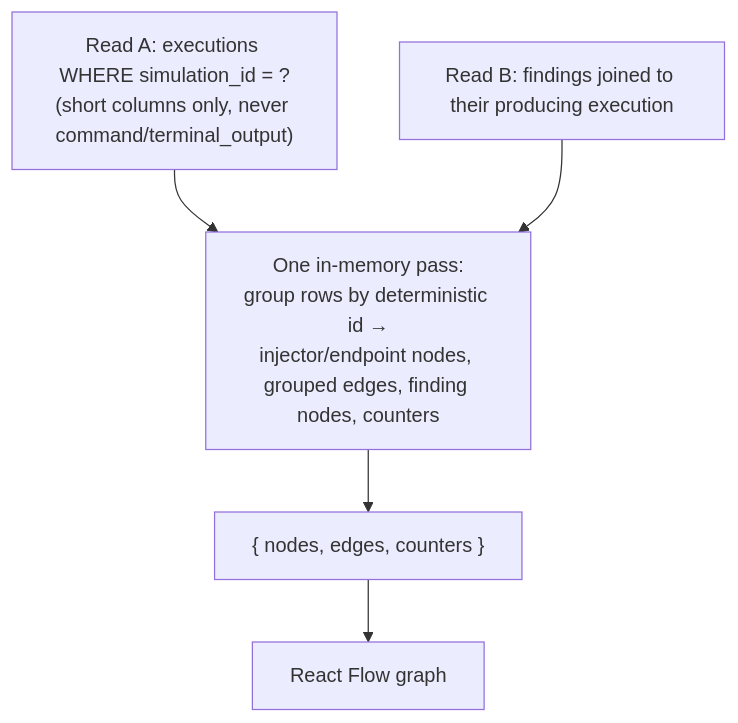
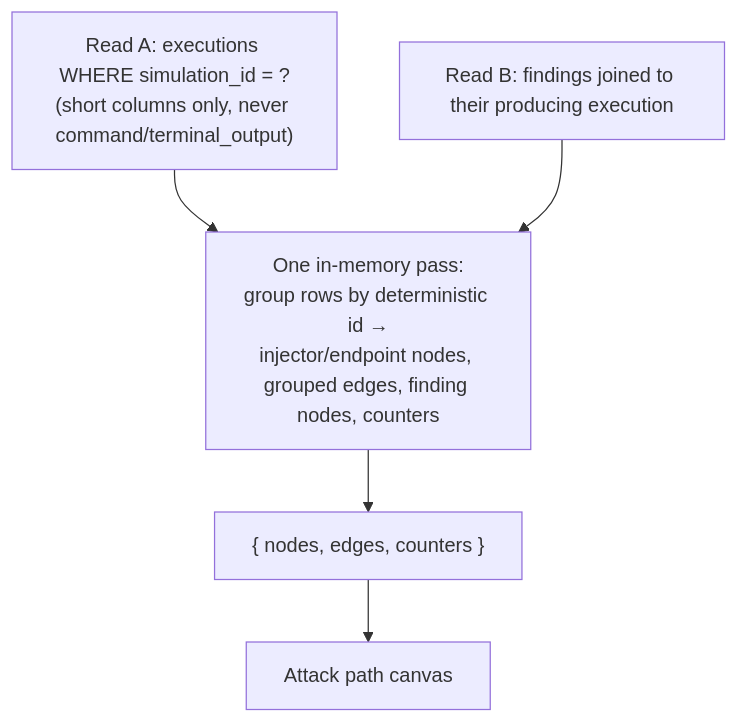
One commit to OpenBAS-Platform/openbas changed the third of 6 diagrams in docs/docs/development/attack-path.md. Above: the diagram before and after it, drawn with Mermaid. The commit also changed other lines of this file, not shown here.

Commit message:
docs(attack-path): update the contributor page to the current code

````diff
--- a/docs/docs/development/attack-path.md
+++ b/docs/docs/development/attack-path.md
@@ -112,11 +121,11 @@
 ```mermaid
 flowchart TB
     A["Read A: executions WHERE simulation_id = ?<br/>(short columns only, never command/terminal_output)"]
     B["Read B: findings joined to their producing execution"]
     P["One in-memory pass:<br/>group rows by deterministic id →<br/>injector/endpoint nodes, grouped edges, finding nodes, counters"]
     O["{ nodes, edges, counters }"]
-    R["React Flow graph"]
+    R["Attack path canvas"]
     A --> P
     B --> P
     P --> O --> R
 ```
````
